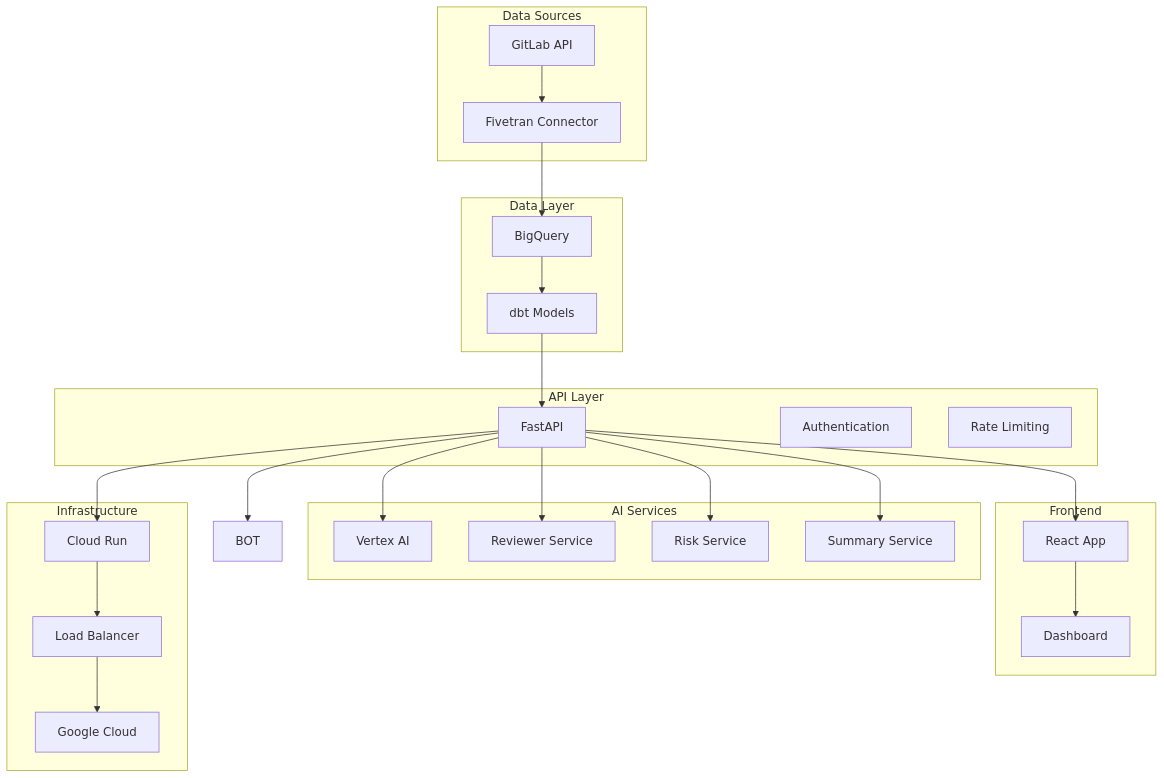
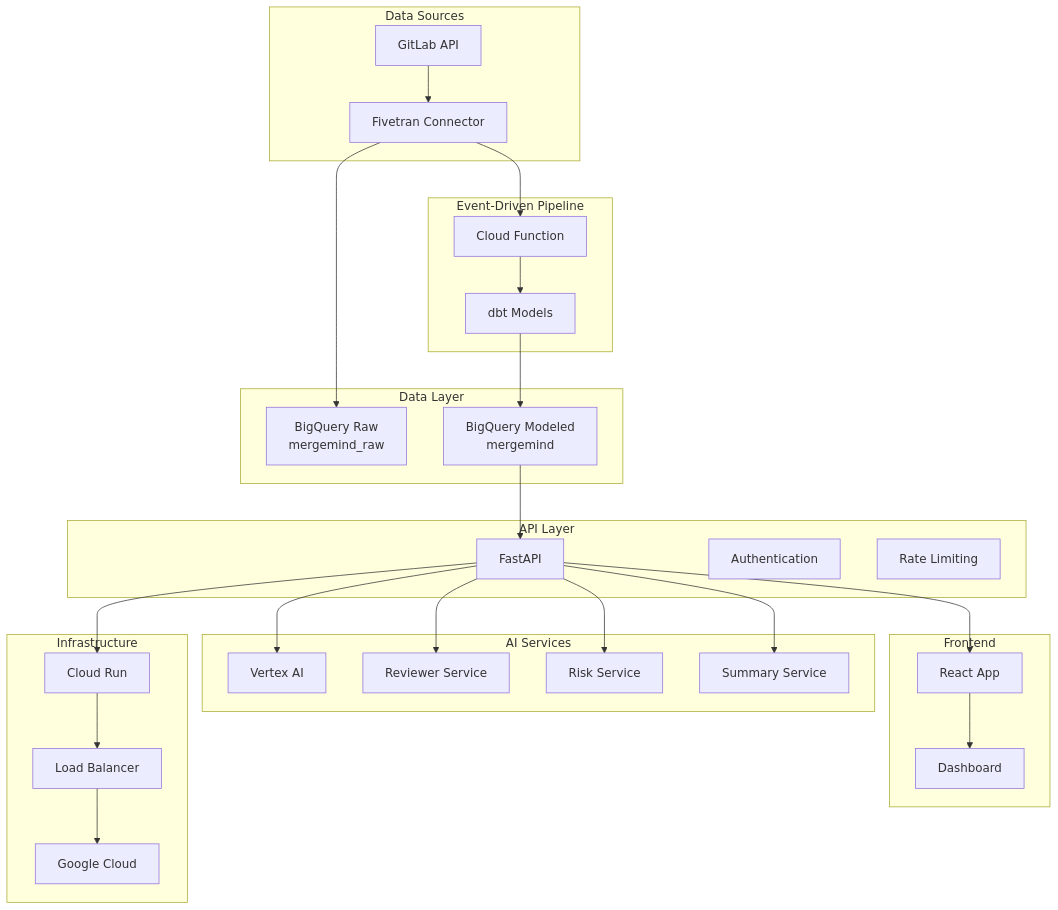
The diagram in README.md (prabhakaran-jm/mergemind), drawn with Mermaid before and after one commit. The commit also changed other lines of this file and 15 other files, not shown here.

First line of the commit message:
docs: update documentation for event-driven pipeline

````diff
--- a/README.md
+++ b/README.md
@@ -83,51 +85,57 @@
 ```mermaid
 graph TB
     subgraph "Data Sources"
         GL[GitLab API]
         FV[Fivetran Connector]
     end
     
+    subgraph "Event-Driven Pipeline"
+        CF[Cloud Function]
+        dbt[dbt Models]
+    end
+    
     subgraph "Data Layer"
-        BQ[BigQuery]
-        dbt[dbt Models]
+        BQ_RAW[BigQuery Raw<br/>mergemind_raw]
+        BQ_MODELED[BigQuery Modeled<br/>mergemind]
     end
     
     subgraph "AI Services"
         VAI[Vertex AI]
         RS[Reviewer Service]
         RISK[Risk Service]
         SUM[Summary Service]
     end
     
     subgraph "API Layer"
         API[FastAPI]
         AUTH[Authentication]
         RATE[Rate Limiting]
     end
     
     subgraph "Frontend"
         UI[React App]
         DASH[Dashboard]
     end
     
     subgraph "Infrastructure"
         GCP[Google Cloud]
         RUN[Cloud Run]
         LB[Load Balancer]
     end
     
     GL --> FV
-    FV --> BQ
-    BQ --> dbt
-    dbt --> API
+    FV --> BQ_RAW
+    FV --> CF
+    CF --> dbt
+    dbt --> BQ_MODELED
+    BQ_MODELED --> API
     API --> VAI
     API --> RS
     API --> RISK
     API --> SUM
     API --> UI
-    API --> BOT
     UI --> DASH
     API --> RUN
     RUN --> LB
     LB --> GCP
 ```
````
